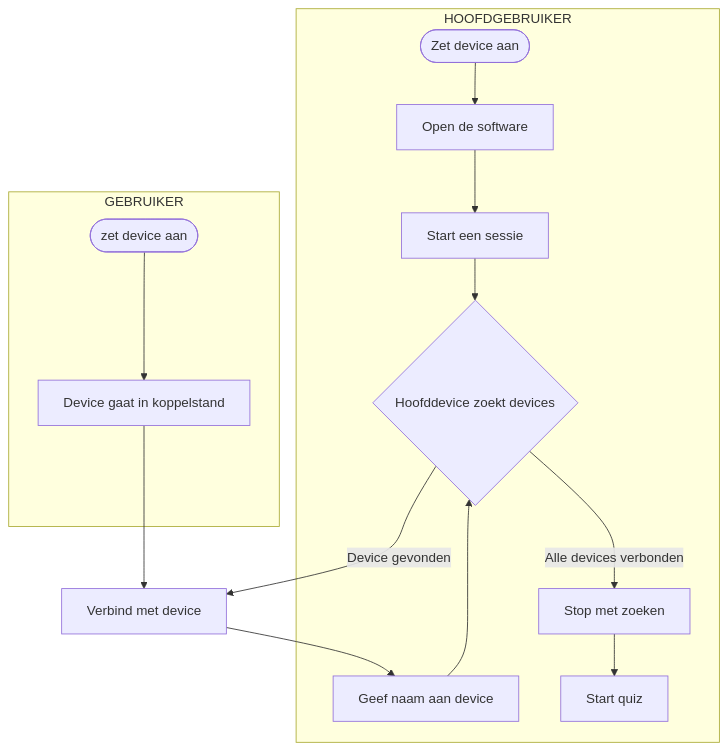
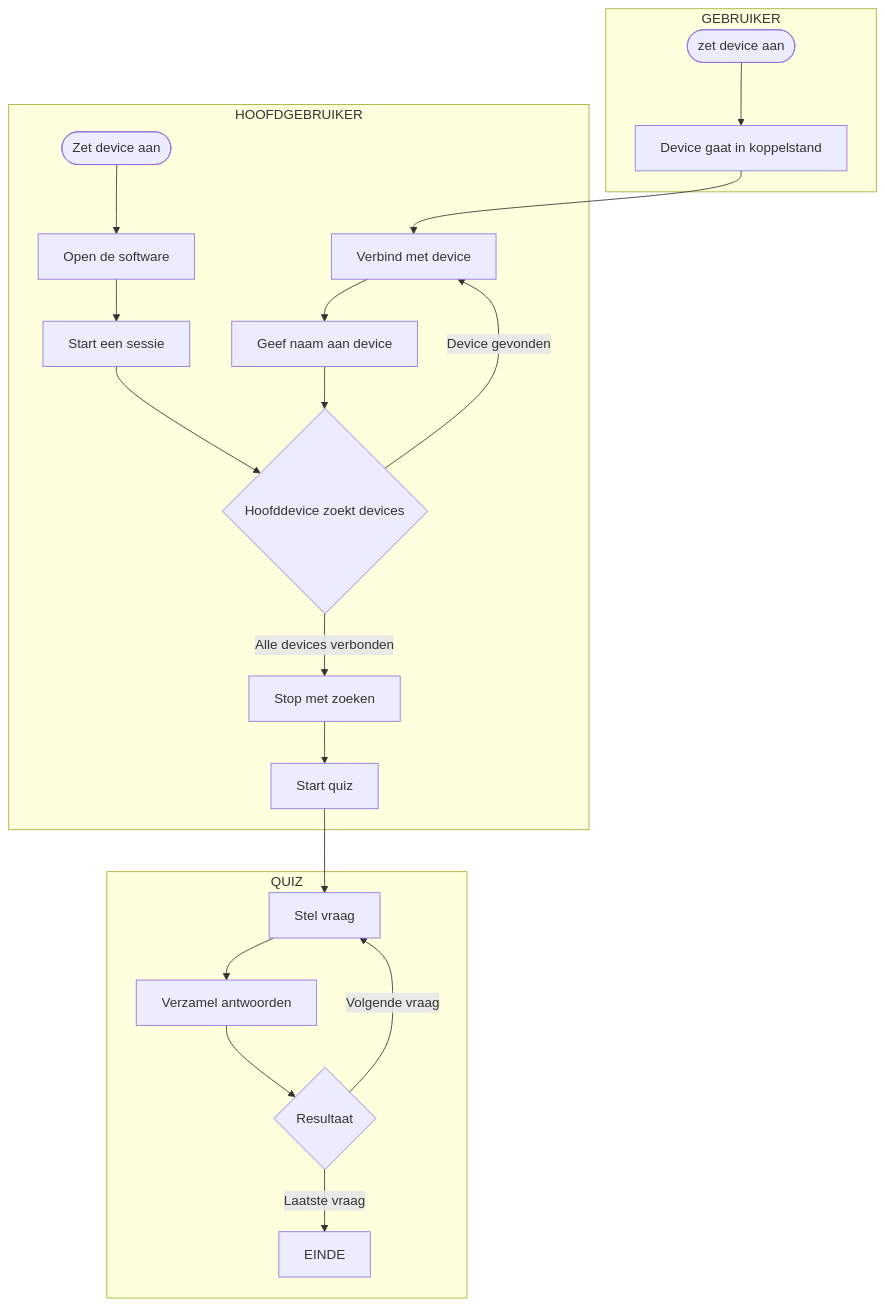
Before and after one commit to daanbreur/the-challenge-hbo-ict: the diagram in readme.md, drawn with Mermaid. The commit also changed 1 other file, not shown here.

Commit message:
flowchart

````diff
--- a/readme.md
+++ b/readme.md
@@ -12,30 +12,42 @@
 ```mermaid
-flowchart TB
+flowchart TD
+
+
+subgraph GEBRUIKER
+    GSTART([zet device aan]) --> GPAIR
+    end
+        GPAIR[Device gaat in koppelstand] --> PAIR
+
     subgraph HOOFDGEBRUIKER
     POWERON([Zet device aan]) -->
         CONNECT[Open de software] --> SESSION
 
-            end
+
                 SESSION[Start een sessie] --> SEARCH
                     
-    subgraph GEBRUIKER
-    GSTART([zet device aan]) --> GPAIR
-    end
-        GPAIR[Device gaat in koppelstand] --> PAIR
+    
     
     SEARCH{Hoofddevice zoekt devices} --> |Device gevonden| PAIR
     
     PAIR[Verbind met device] --> NAME
-    subgraph HOOFDGEBRUIKER
         NAME[Geef naam aan device] -->SEARCH
     
     SEARCH --> |Alle devices verbonden| STOPPAIR
 
-    STOPPAIR[Stop met zoeken] -->
-        QSTART[Start quiz]
+    STOPPAIR[Stop met zoeken] --> QSTART
+    end
+        QSTART[Start quiz] --> VRAAG1
+    
+
+    subgraph QUIZ
+        VRAAG1[Stel vraag] -->
+        ANS[Verzamel antwoorden] -->
+        RESULT{Resultaat} --> |Volgende vraag|VRAAG1
+        RESULT --> |Laatste vraag|EINDE
+
     end
 
 
 
 
 ```
````
